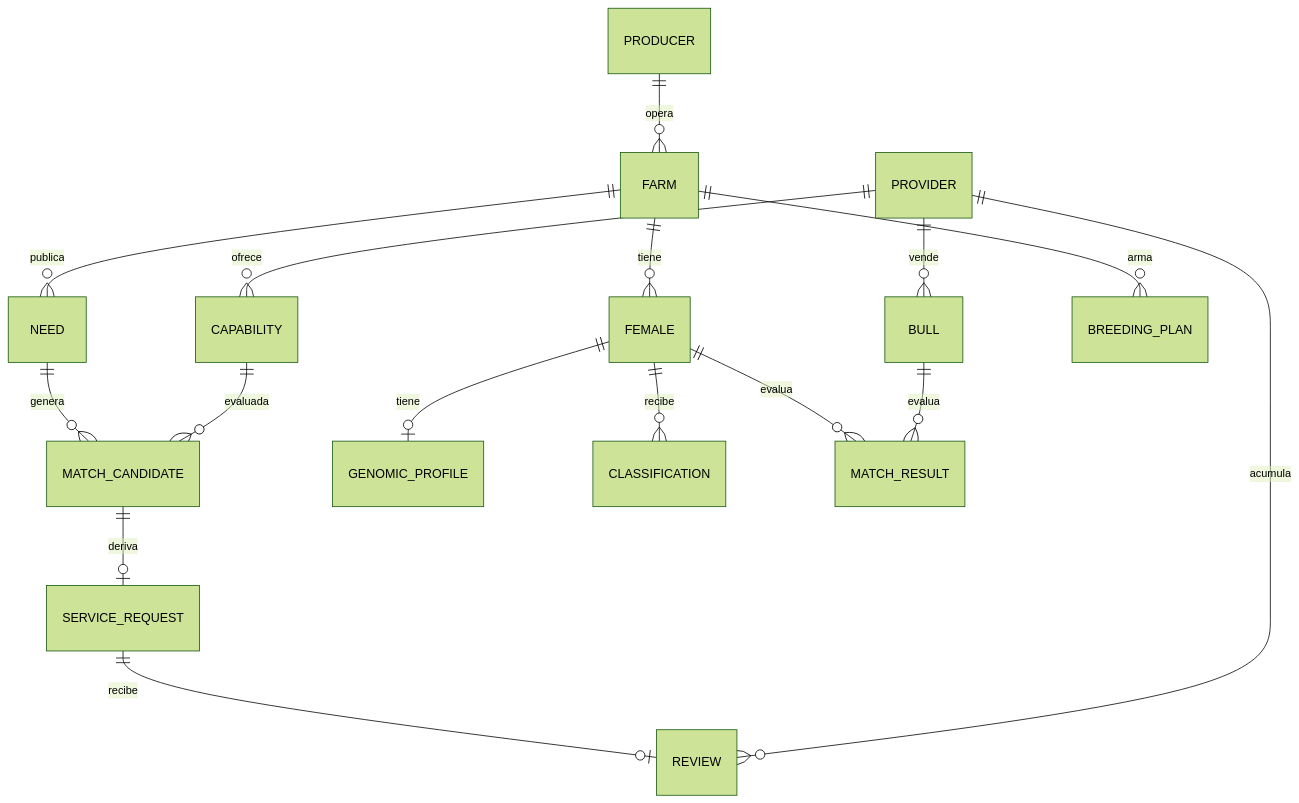
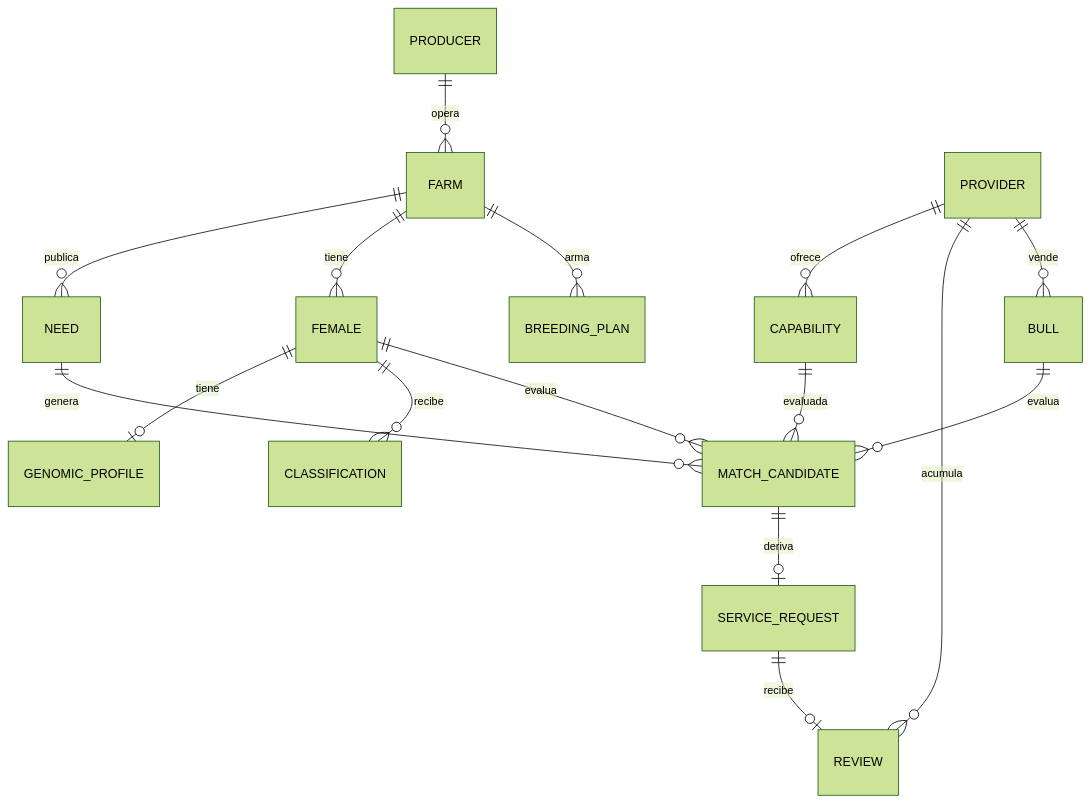
Before and after one commit to JoaquinBenegas2/agromatch-monorepo: the second of 3 diagrams in docs/modelo-de-dominio.md, drawn with Mermaid (forest theme). The commit also changed other lines of this file and 11 other files, not shown here.

````diff
--- a/docs/modelo-de-dominio.md
+++ b/docs/modelo-de-dominio.md
@@ -103,18 +103,18 @@
 ```mermaid
 erDiagram
     PRODUCER ||--o{ FARM : opera
     FARM ||--o{ NEED : publica
     NEED ||--o{ MATCH_CANDIDATE : genera
     PROVIDER ||--o{ CAPABILITY : ofrece
     CAPABILITY ||--o{ MATCH_CANDIDATE : evaluada
     MATCH_CANDIDATE ||--o| SERVICE_REQUEST : deriva
     SERVICE_REQUEST ||--o| REVIEW : recibe
     PROVIDER ||--o{ REVIEW : acumula
     FARM ||--o{ FEMALE : tiene
     FEMALE ||--o| GENOMIC_PROFILE : tiene
     FEMALE ||--o{ CLASSIFICATION : recibe
     PROVIDER ||--o{ BULL : vende
-    FEMALE ||--o{ MATCH_RESULT : evalua
-    BULL ||--o{ MATCH_RESULT : evalua
+    FEMALE ||--o{ MATCH_CANDIDATE : evalua
+    BULL ||--o{ MATCH_CANDIDATE : evalua
     FARM ||--o{ BREEDING_PLAN : arma
 ```
````
